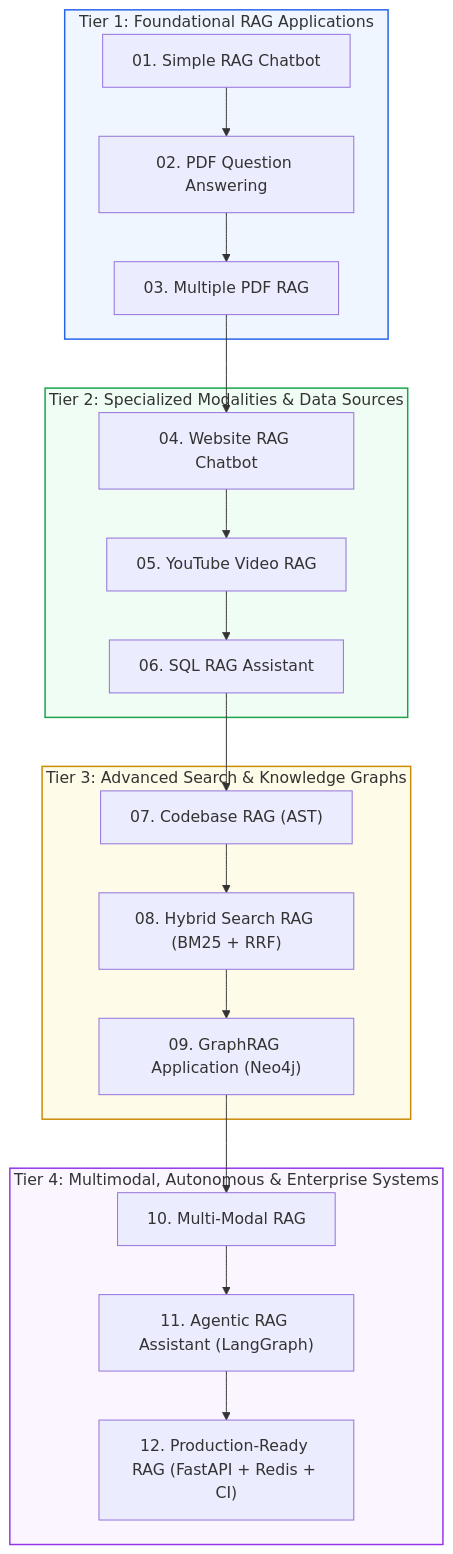
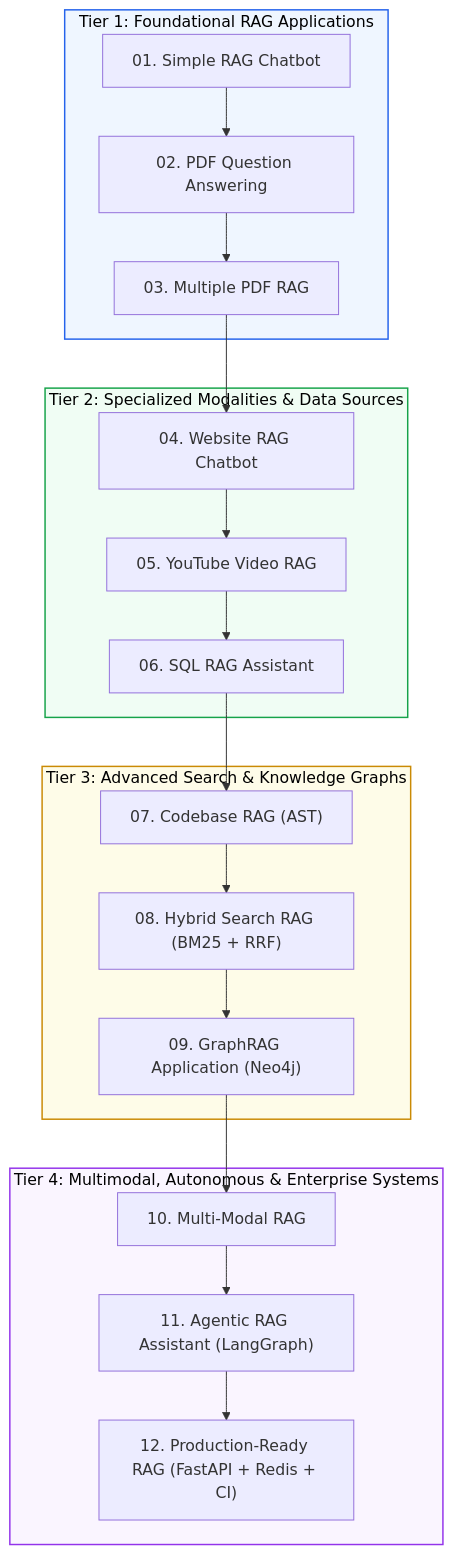
One commit to swapnil3104/RAG-Engineering changed the diagram in 10-Hands-On-Projects/README.md. Above: the diagram before and after it, drawn with Mermaid. The commit also changed 108 other files, not shown here.

Commit message:
fix: make chart text visible across all Mermaid diagrams and resolve markdown table formatting issues

````diff
--- a/10-Hands-On-Projects/README.md
+++ b/10-Hands-On-Projects/README.md
@@ -32,30 +32,30 @@
 ```mermaid
 flowchart TD
     subgraph Tier1["Tier 1: Foundational RAG Applications"]
         P01["01. Simple RAG Chatbot"] --> P02["02. PDF Question Answering"]
         P02 --> P03["03. Multiple PDF RAG"]
     end
 
     subgraph Tier2["Tier 2: Specialized Modalities & Data Sources"]
         P03 --> P04["04. Website RAG Chatbot"]
         P04 --> P05["05. YouTube Video RAG"]
         P05 --> P06["06. SQL RAG Assistant"]
     end
 
     subgraph Tier3["Tier 3: Advanced Search & Knowledge Graphs"]
         P06 --> P07["07. Codebase RAG (AST)"]
         P07 --> P08["08. Hybrid Search RAG (BM25 + RRF)"]
         P08 --> P09["09. GraphRAG Application (Neo4j)"]
     end
 
     subgraph Tier4["Tier 4: Multimodal, Autonomous & Enterprise Systems"]
         P09 --> P10["10. Multi-Modal RAG"]
         P10 --> P11["11. Agentic RAG Assistant (LangGraph)"]
         P11 --> P12["12. Production-Ready RAG (FastAPI + Redis + CI)"]
     end
 
-    style Tier1 fill:#eff6ff,stroke:#2563eb,stroke-width:1.5px
-    style Tier2 fill:#f0fdf4,stroke:#16a34a,stroke-width:1.5px
-    style Tier3 fill:#fefce8,stroke:#ca8a04,stroke-width:1.5px
-    style Tier4 fill:#faf5ff,stroke:#9333ea,stroke-width:1.5px
+    style Tier1 fill:#eff6ff,stroke:#2563eb,stroke-width:1.5px,color:#000000
+    style Tier2 fill:#f0fdf4,stroke:#16a34a,stroke-width:1.5px,color:#000000
+    style Tier3 fill:#fefce8,stroke:#ca8a04,stroke-width:1.5px,color:#000000
+    style Tier4 fill:#faf5ff,stroke:#9333ea,stroke-width:1.5px,color:#000000
 ```
````
